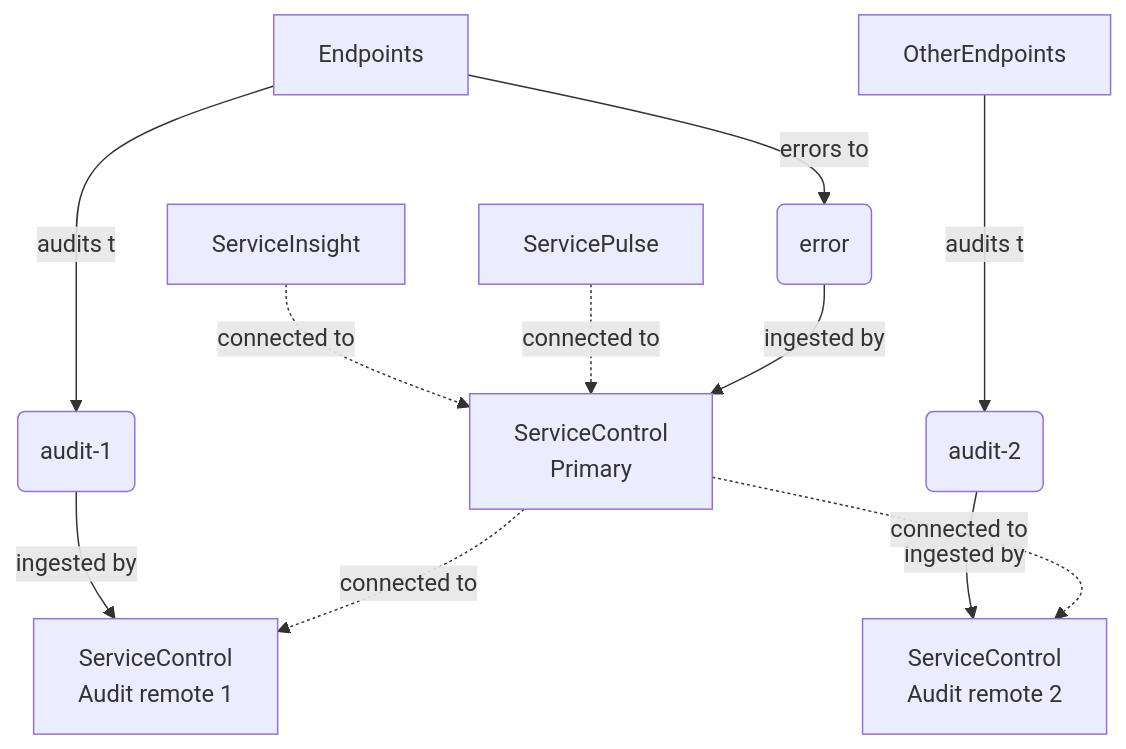
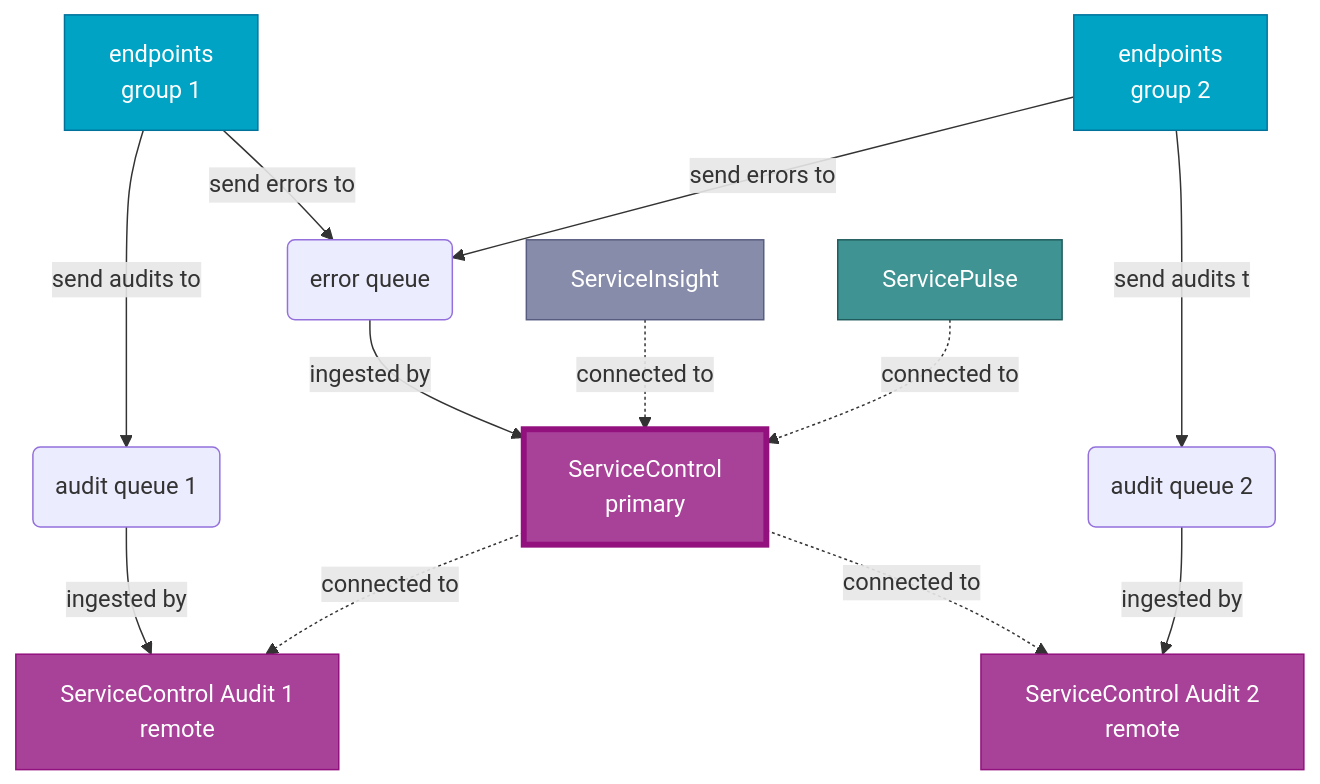
Before and after one commit to Particular/docs.particular.net: the third of 3 diagrams in servicecontrol/servicecontrol-instances/remotes.md, drawn with Mermaid. The commit also changed other lines of this file, not shown here.

````diff
--- a/servicecontrol/servicecontrol-instances/remotes.md
+++ b/servicecontrol/servicecontrol-instances/remotes.md
@@ -58,16 +84,31 @@
 ```mermaid
 graph TD
-SI[ServiceInsight] -. connected to .->Primary
-SP[ServicePulse] -. connected to .-> Primary
-Endpoints -- audits to--> AuditsMain(audit-1)
-OtherEndpoints -- audits to--> AuditsSecondary(audit-2)
-Endpoints -- errors to --> Errors(error)
-Primary[ServiceControl<br/>Primary]
-Secondary1[ServiceControl<br/>Audit remote 1]
-Secondary2[ServiceControl<br/>Audit remote 2]
-AuditsMain -- ingested by --> Secondary1
-AuditsSecondary -- ingested by --> Secondary2
-Errors-- ingested by --> Primary
-Primary -. connected to .-> Secondary1
-Primary -. connected to .-> Secondary2
+Endpoints1[endpoints<br/>group 1] -- send audits to --> AuditQueue1(audit queue 1)
+
+Endpoints1 -- send errors to --> ErrorQueue(error queue)
+Endpoints2[endpoints<br/>group 2] -- send errors to --> ErrorQueue
+
+ErrorQueue -- ingested by --> ServiceControl[ServiceControl<br/>primary]
+ServiceInsight -. connected to .->ServiceControl
+ServicePulse -. connected to .-> ServiceControl
+
+Endpoints2 -- send audits to--> AuditQueue2(audit queue 2)
+
+AuditQueue1 -- ingested by --> ServiceControlAudit1[ServiceControl Audit 1<br/>remote]
+ServiceControl -. connected to .-> ServiceControlAudit1
+
+ServiceControl -. connected to .-> ServiceControlAudit2[ServiceControl Audit 2<br/>remote]
+AuditQueue2 -- ingested by --> ServiceControlAudit2
+
+classDef Endpoints fill:#00A3C4,stroke:#00729C,color:#FFFFFF
+classDef ServiceInsight fill:#878CAA,stroke:#585D80,color:#FFFFFF
+classDef ServicePulse fill:#409393,stroke:#205B5D,color:#FFFFFF
+classDef ServiceControlPrimary fill:#A84198,stroke:#92117E,color:#FFFFFF,stroke-width:4px
+classDef ServiceControlRemote fill:#A84198,stroke:#92117E,color:#FFFFFF
+
+class Endpoints1,Endpoints2 Endpoints
+class ServiceInsight ServiceInsight
+class ServicePulse ServicePulse
+class ServiceControl ServiceControlPrimary
+class ServiceControlAudit1,ServiceControlAudit2 ServiceControlRemote
 ```
````
